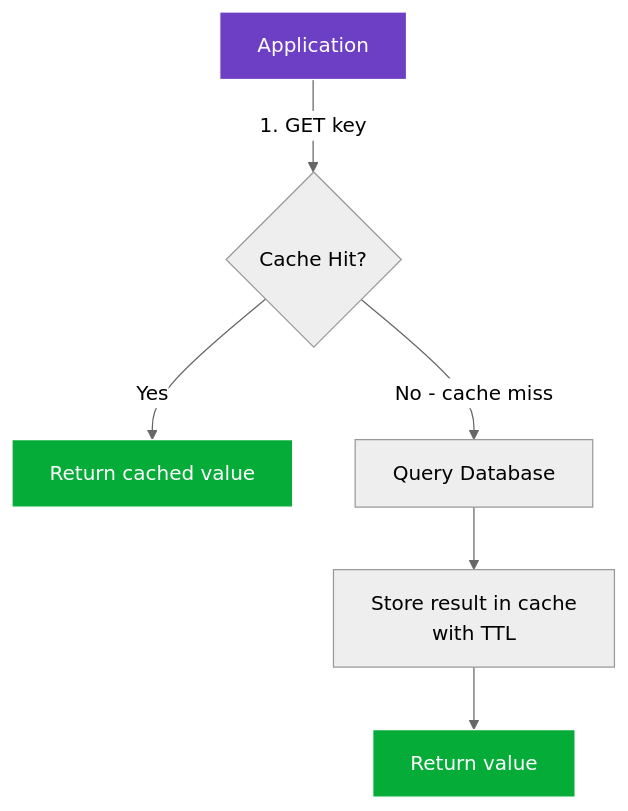
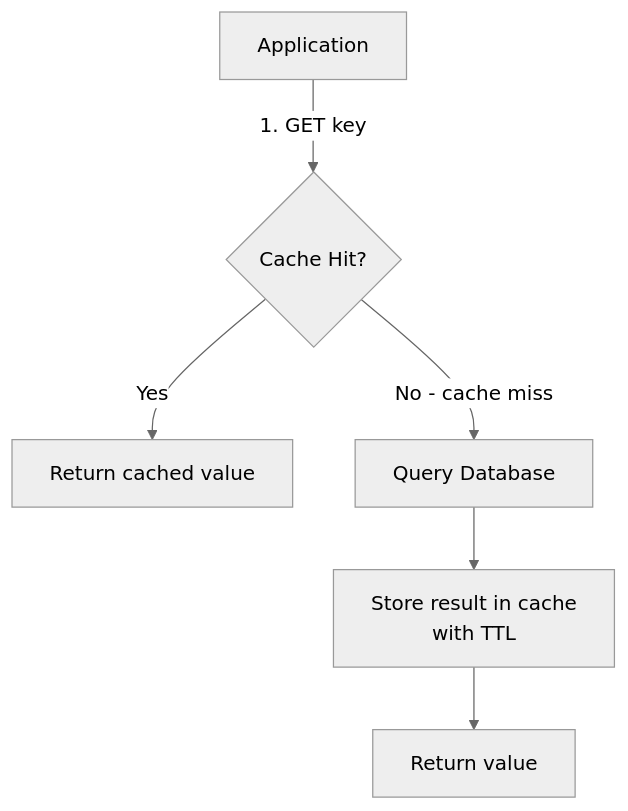
Before and after one commit to rishikeshdhokare/platform-manifesto: the first of 4 diagrams in 06-developer-guides/08-cache-patterns.md, drawn with Mermaid (neutral theme). The commit also changed other lines of this file and 14 other files, not shown here.

First line of the commit message:
fix: remove mermaid style directives (119 lines across 15 files)

````diff
--- a/06-developer-guides/08-cache-patterns.md
+++ b/06-developer-guides/08-cache-patterns.md
@@ -44,12 +44,9 @@
 ```mermaid
 flowchart TD
     A[Application] -->|1. GET key| B{Cache Hit?}
     B -->|Yes| C[Return cached value]
     B -->|No - cache miss| D[Query Database]
     D --> E[Store result in cache\nwith TTL]
     E --> F[Return value]
 
-    style A fill:#6C3FC5,stroke:#fff,color:#fff
-    style C fill:#06AC38,stroke:#fff,color:#fff
-    style F fill:#06AC38,stroke:#fff,color:#fff
 ```
````
